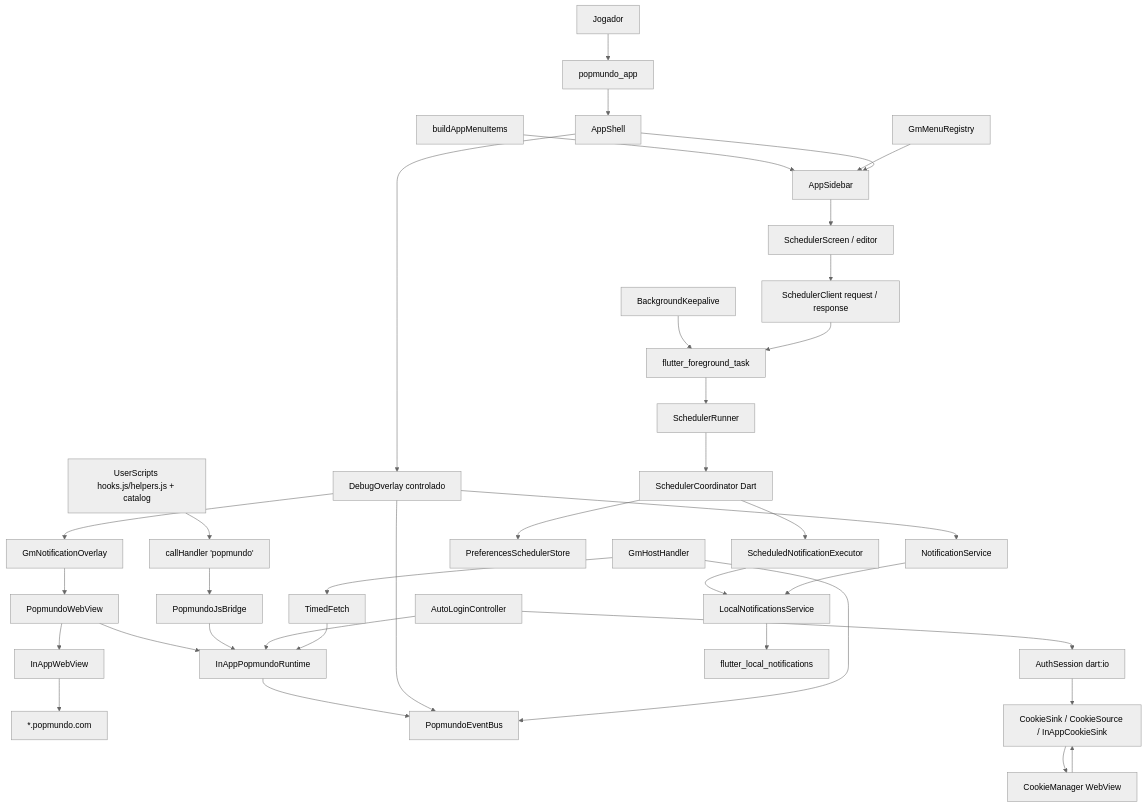
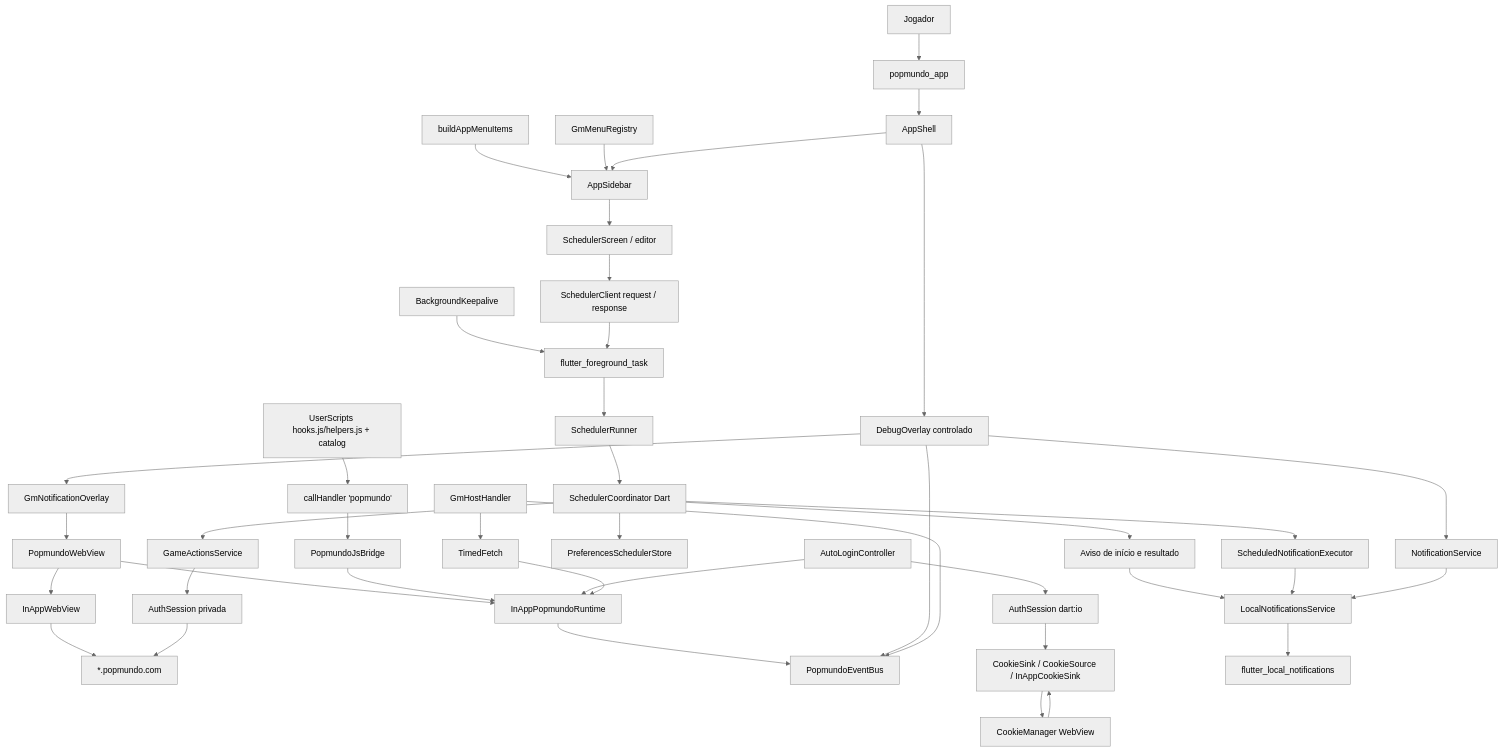
The diagram in docs/ARQUITETURA.md (wellbritto98/popflutter), drawn with Mermaid (neutral theme) before and after one commit. The commit also changed other lines of this file and 26 other files, not shown here.

````diff
--- a/docs/ARQUITETURA.md
+++ b/docs/ARQUITETURA.md
@@ -31,39 +31,44 @@
 ```mermaid
 graph TD
   Player[Jogador] --> App[popmundo_app]
   App --> Shell[AppShell]
   Registry[buildAppMenuItems] --> Sidebar[AppSidebar]
   GmReg[GmMenuRegistry] --> Sidebar
   Shell --> Sidebar
   Shell --> Overlay[DebugOverlay controlado]
   Overlay --> GmNotif[GmNotificationOverlay]
   GmNotif --> Widget[PopmundoWebView]
   Widget --> WV[InAppWebView]
   WV --> Site["*.popmundo.com"]
   Widget --> Runtime[InAppPopmundoRuntime]
   Hooks[UserScripts hooks.js/helpers.js + catalog] --> Handler["callHandler 'popmundo'"]
   Handler --> Bridge[PopmundoJsBridge]
   Bridge --> Runtime
   Runtime --> Bus[PopmundoEventBus]
   Overlay --> Bus
   AutoLogin[AutoLoginController] --> Auth[AuthSession dart:io]
   Auth --> CookieSink[CookieSink / CookieSource / InAppCookieSink]
   CookieSink --> CookieMgr[CookieManager WebView]
   CookieMgr --> CookieSink
   AutoLogin --> Runtime
   GmHost[GmHostHandler] --> Bus
   GmHost --> TimedFetch
   TimedFetch --> Runtime
   Keepalive[BackgroundKeepalive] --> FGS[flutter_foreground_task]
   Sidebar --> ScheduleUI[SchedulerScreen / editor]
   ScheduleUI --> Client[SchedulerClient request / response]
   Client --> FGS
   FGS --> Runner[SchedulerRunner]
   Runner --> Coordinator[SchedulerCoordinator Dart]
   Coordinator --> Store[PreferencesSchedulerStore]
   Coordinator --> Action[ScheduledNotificationExecutor]
+  Coordinator --> GameActions[GameActionsService]
+  GameActions --> PrivateAuth[AuthSession privada]
+  PrivateAuth --> Site
+  Coordinator --> GameNotices[Aviso de início e resultado]
+  GameNotices --> LocalNotif
   Action --> LocalNotif
   Overlay --> NotifSvc[NotificationService]
   NotifSvc --> LocalNotif[LocalNotificationsService]
   LocalNotif --> FLN[flutter_local_notifications]
 ```
````
